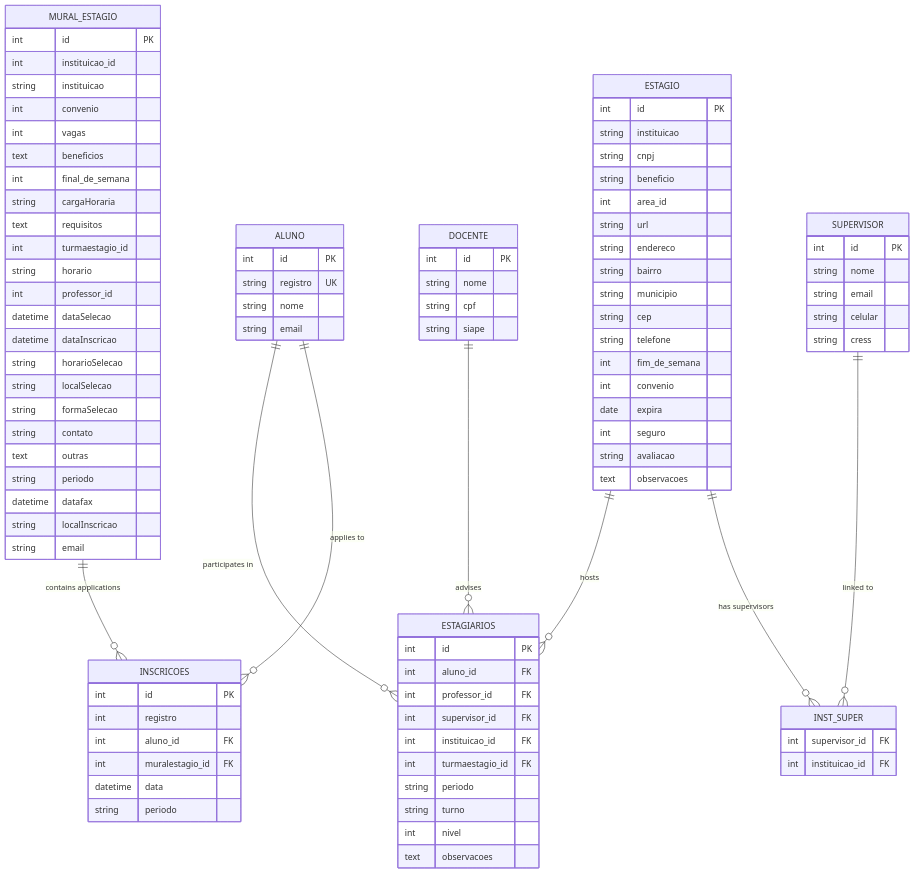
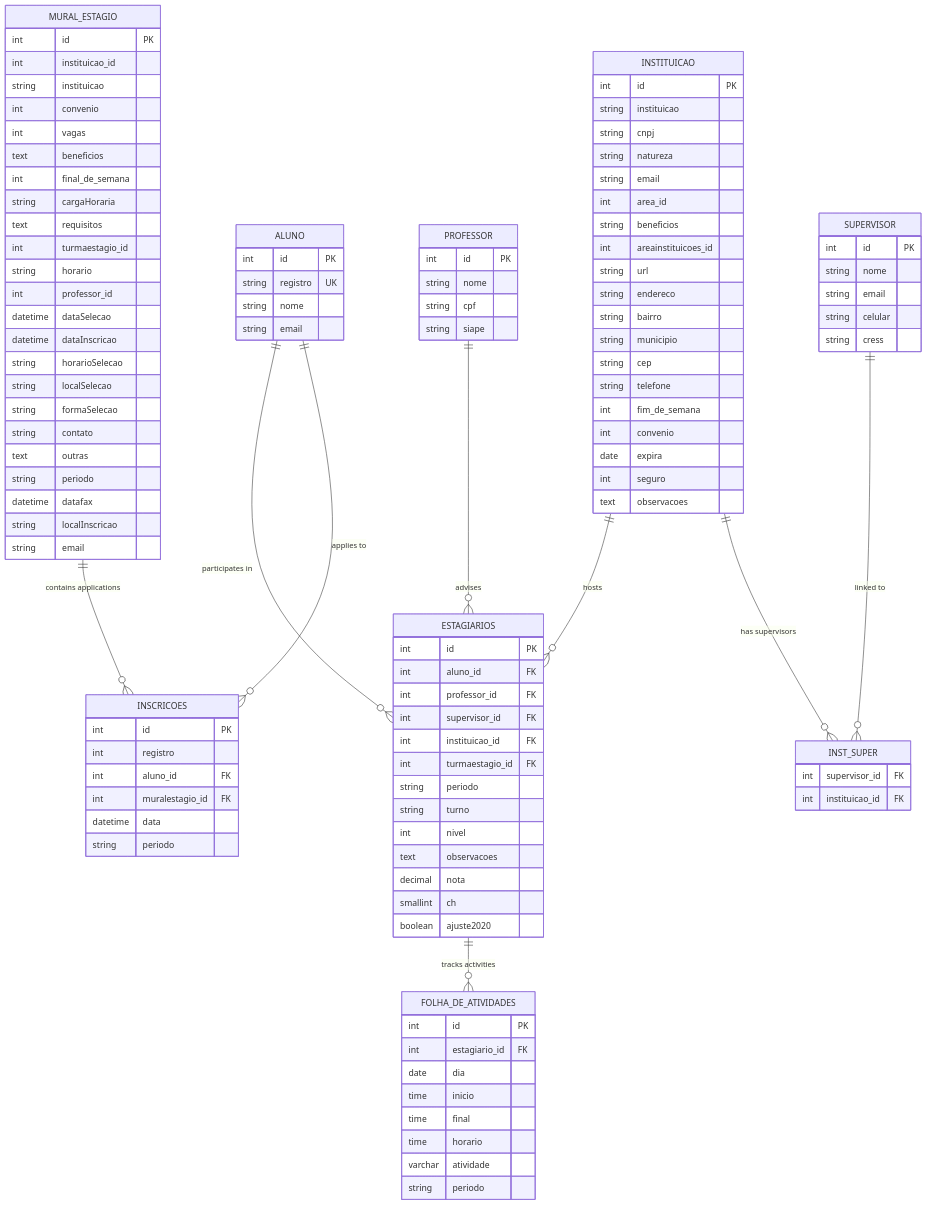
One commit to luiseduacosta/nodemural changed the third of 4 diagrams in .qoder/repowiki/en/content/Data Models & Database Design/Student & Internship Models.md. Above: the diagram before and after it, drawn with Mermaid. The commit also changed other lines of this file and 27 other files, not shown here.

````diff
--- a/.qoder/repowiki/en/content/Data Models & Database Design/Student & Internship Models.md
+++ b/.qoder/repowiki/en/content/Data Models & Database Design/Student & Internship Models.md
@@ -320,7 +350,7 @@
 string nome
 string email
 }
-DOCENTE {
+PROFESSOR {
 int id PK
 string nome
 string cpf
@@ -333,12 +363,15 @@
 string celular
 string cress
 }
-ESTAGIO {
+INSTITUICAO {
 int id PK
 string instituicao
 string cnpj
-string beneficio
+string natureza
+string email
 int area_id
+string beneficios
+int areainstituicoes_id
 string url
 string endereco
 string bairro
@@ -349,7 +382,6 @@
 int convenio
 date expira
 int seguro
-string avaliacao
 text observacoes
 }
 MURAL_ESTAGIO {
@@ -396,6 +428,19 @@
 string turno
 int nivel
 text observacoes
+decimal nota
+smallint ch
+boolean ajuste2020
+}
+FOLHA_DE_ATIVIDADES {
+int id PK
+int estagiario_id FK
+date dia
+time inicio
+time final
+time horario
+varchar atividade
+string periodo
 }
 INST_SUPER {
 int supervisor_id FK
@@ -403,9 +448,10 @@
 }
 ALUNO ||--o{ INSCRICOES : "applies to"
 ALUNO ||--o{ ESTAGIARIOS : "participates in"
-DOCENTE ||--o{ ESTAGIARIOS : "advises"
+PROFESSOR ||--o{ ESTAGIARIOS : "advises"
 SUPERVISOR ||--o{ INST_SUPER : "linked to"
-ESTAGIO ||--o{ INST_SUPER : "has supervisors"
-ESTAGIO ||--o{ ESTAGIARIOS : "hosts"
+INSTITUICAO ||--o{ INST_SUPER : "has supervisors"
+INSTITUICAO ||--o{ ESTAGIARIOS : "hosts"
 MURAL_ESTAGIO ||--o{ INSCRICOES : "contains applications"
+ESTAGIARIOS ||--o{ FOLHA_DE_ATIVIDADES : "tracks activities"
 ```
````
